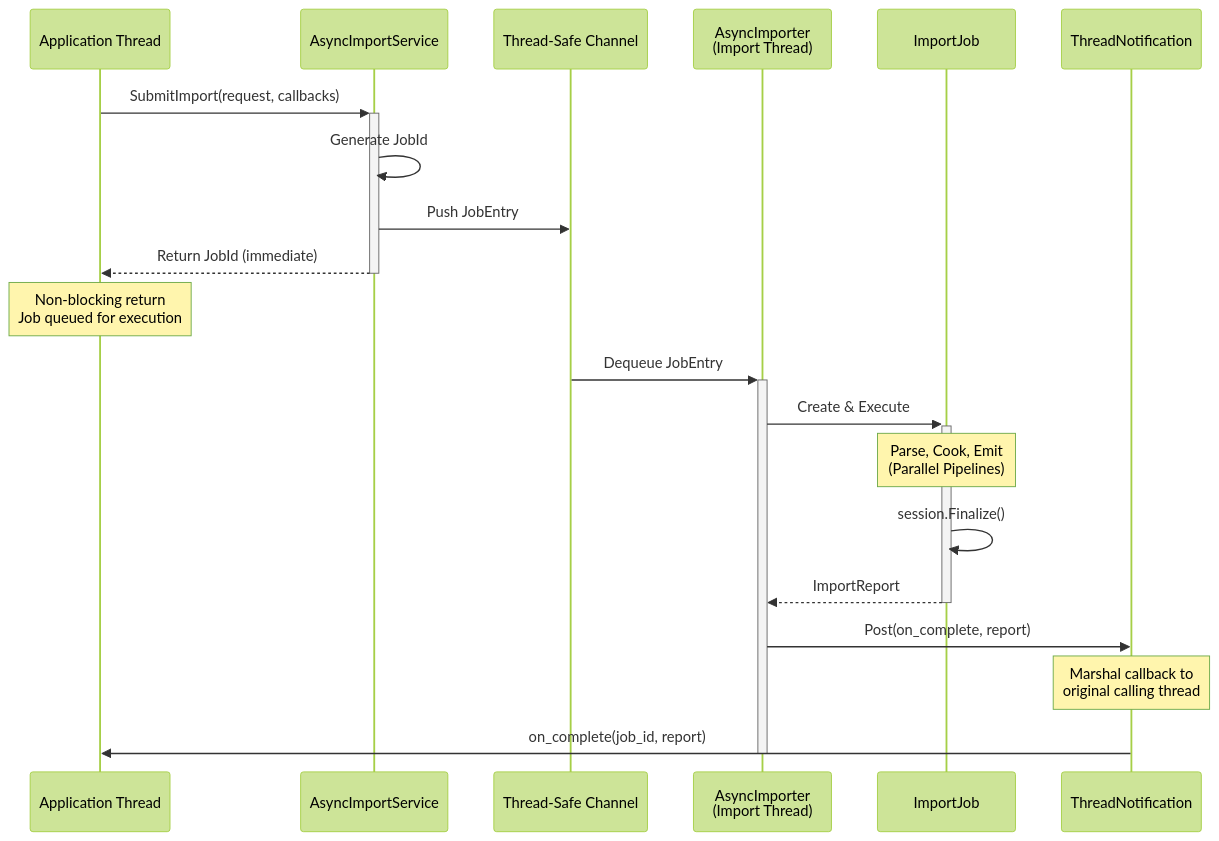
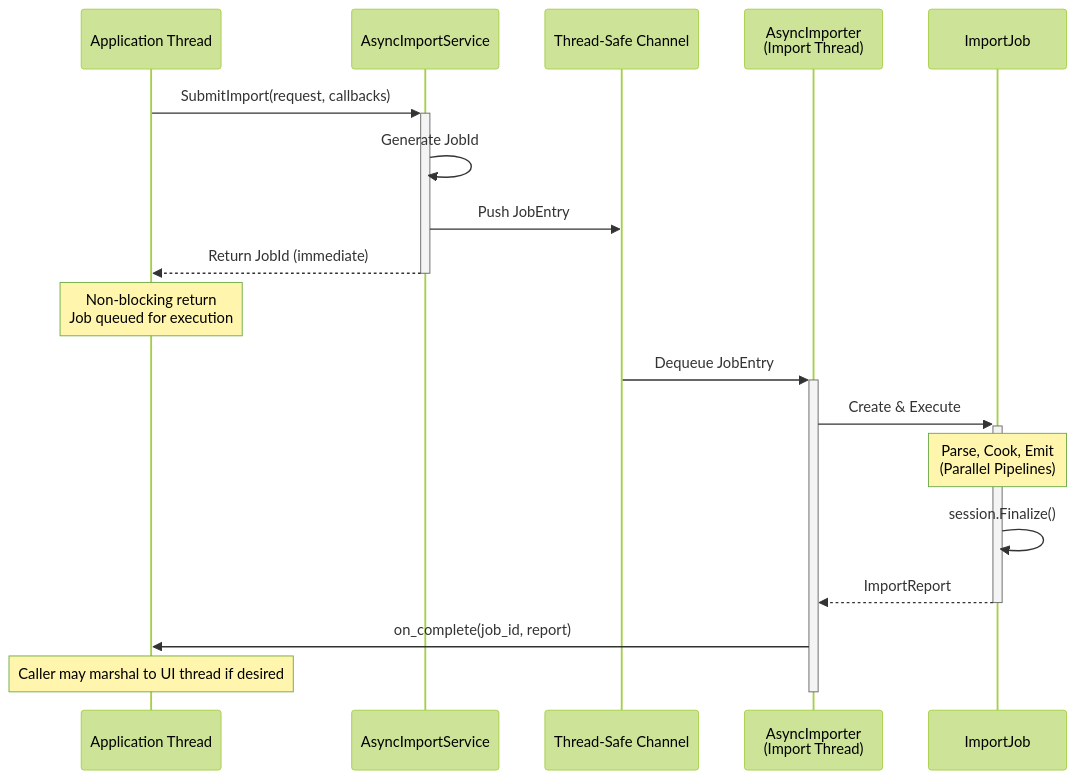
One commit to abdes/DroidNet changed the second of 2 diagrams in projects/Oxygen.Engine/design/async_import_pipeline_v2.md. Above: the diagram before and after it, drawn with Mermaid (forest theme). The commit also changed other lines of this file and 13 other files, not shown here.

````diff
--- a/projects/Oxygen.Engine/design/async_import_pipeline_v2.md
+++ b/projects/Oxygen.Engine/design/async_import_pipeline_v2.md
@@ -341,28 +344,26 @@
 ```mermaid
 sequenceDiagram
     participant App as Application Thread
     participant Service as AsyncImportService
     participant Channel as Thread-Safe Channel
     participant Importer as AsyncImporter<br/>(Import Thread)
     participant Job as ImportJob
-    participant TN as ThreadNotification
 
     App->>+Service: SubmitImport(request, callbacks)
     Service->>Service: Generate JobId
     Service->>Channel: Push JobEntry
     Service-->>-App: Return JobId (immediate)
 
     Note over App: Non-blocking return<br/>Job queued for execution
 
     Channel->>+Importer: Dequeue JobEntry
     Importer->>+Job: Create & Execute
     Note over Job: Parse, Cook, Emit<br/>(Parallel Pipelines)
     Job->>Job: session.Finalize()
     Job-->>-Importer: ImportReport
 
-    Importer->>TN: Post(on_complete, report)
-    Note over TN: Marshal callback to<br/>original calling thread
-    TN->>App: on_complete(job_id, report)
+    Importer->>App: on_complete(job_id, report)
+    Note over App: Caller may marshal to UI thread if desired
 
     deactivate Importer
 ```
````
